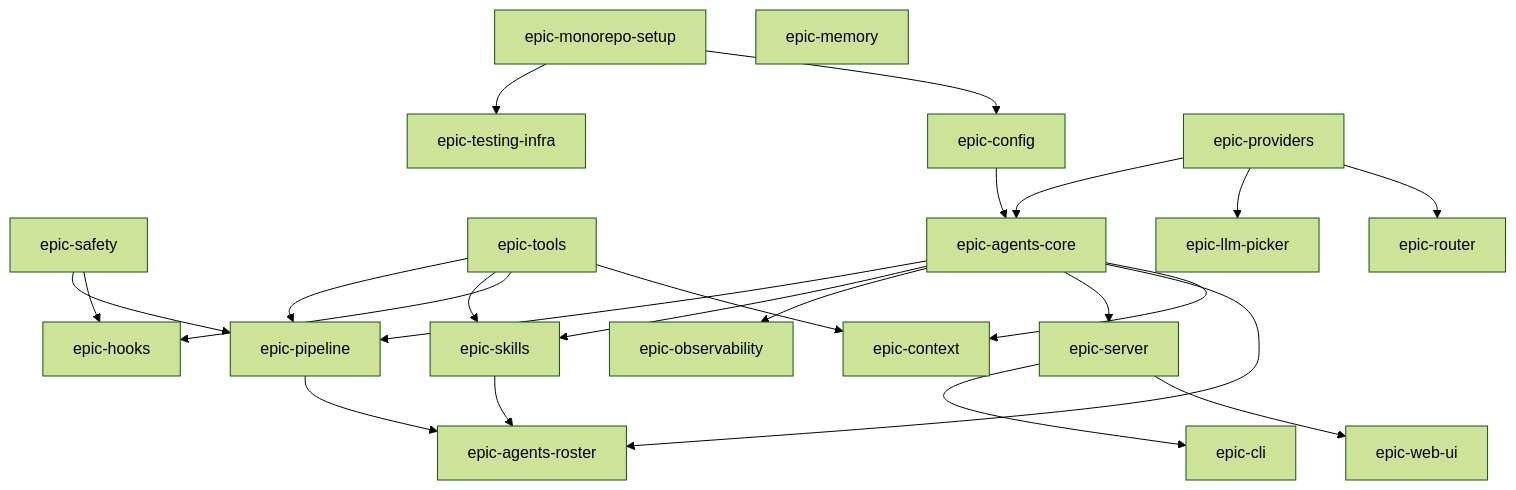
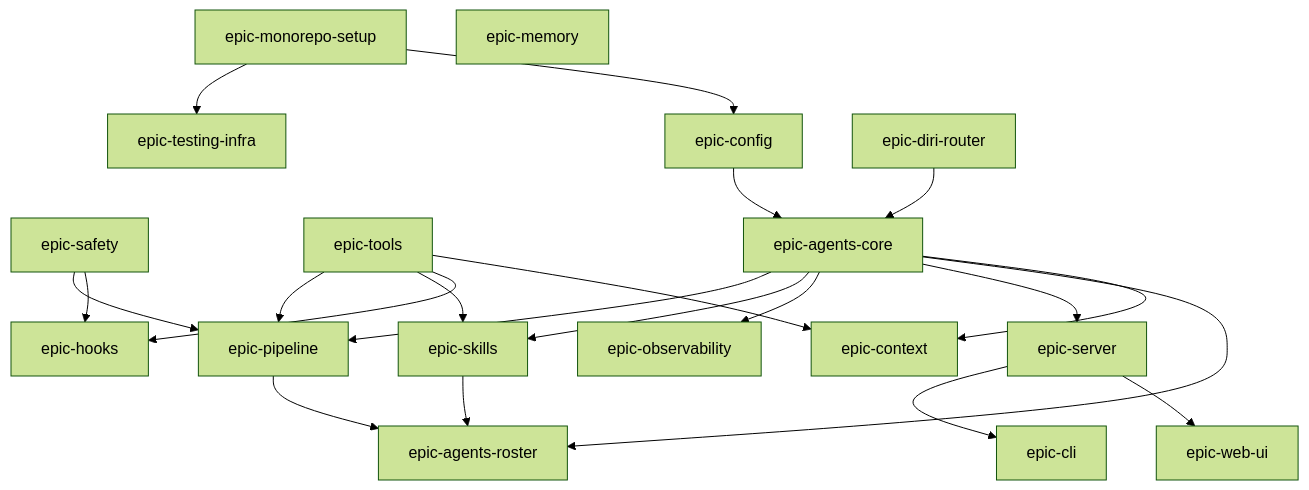
One commit to radoxtech/diricode changed the diagram in docs/mvp/dependency-graph.md. Above: the diagram before and after it, drawn with Mermaid (forest theme). The commit also changed other lines of this file and 18 other files, not shown here.

First line of the commit message:
docs(diri-router): unified package ADRs, epic, and implementation order (#531)

````diff
--- a/docs/mvp/dependency-graph.md
+++ b/docs/mvp/dependency-graph.md
@@ -8,45 +8,41 @@
 ```mermaid
 graph TD
     MONO[epic-monorepo-setup]
     TEST[epic-testing-infra]
     CONF[epic-config]
     SAFE[epic-safety]
     TOOL[epic-tools]
-    PROV[epic-providers]
+    DIRI[epic-diri-router]
     CORE[epic-agents-core]
     PIPE[epic-pipeline]
     SKILL[epic-skills]
     MEM[epic-memory]
     OBS[epic-observability]
     SRV[epic-server]
     CLI[epic-cli]
     WEB[epic-web-ui]
     HOOK[epic-hooks]
     CTX[epic-context]
     ROST[epic-agents-roster]
-    LLM[epic-llm-picker]
-    ROUTER[epic-router]
 
     MONO --> TEST
     MONO --> CONF
     CONF --> CORE
-    PROV --> CORE
+    DIRI --> CORE
     CORE --> PIPE
     CORE --> SKILL
     CORE --> OBS
     CORE --> SRV
     CORE --> ROST
     CORE --> CTX
     TOOL --> PIPE
     TOOL --> SKILL
     TOOL --> HOOK
     TOOL --> CTX
     SAFE --> PIPE
     SAFE --> HOOK
-    PROV --> LLM
-    PROV --> ROUTER
     SKILL --> ROST
     PIPE --> ROST
     SRV --> CLI
     SRV --> WEB
 ```
````
